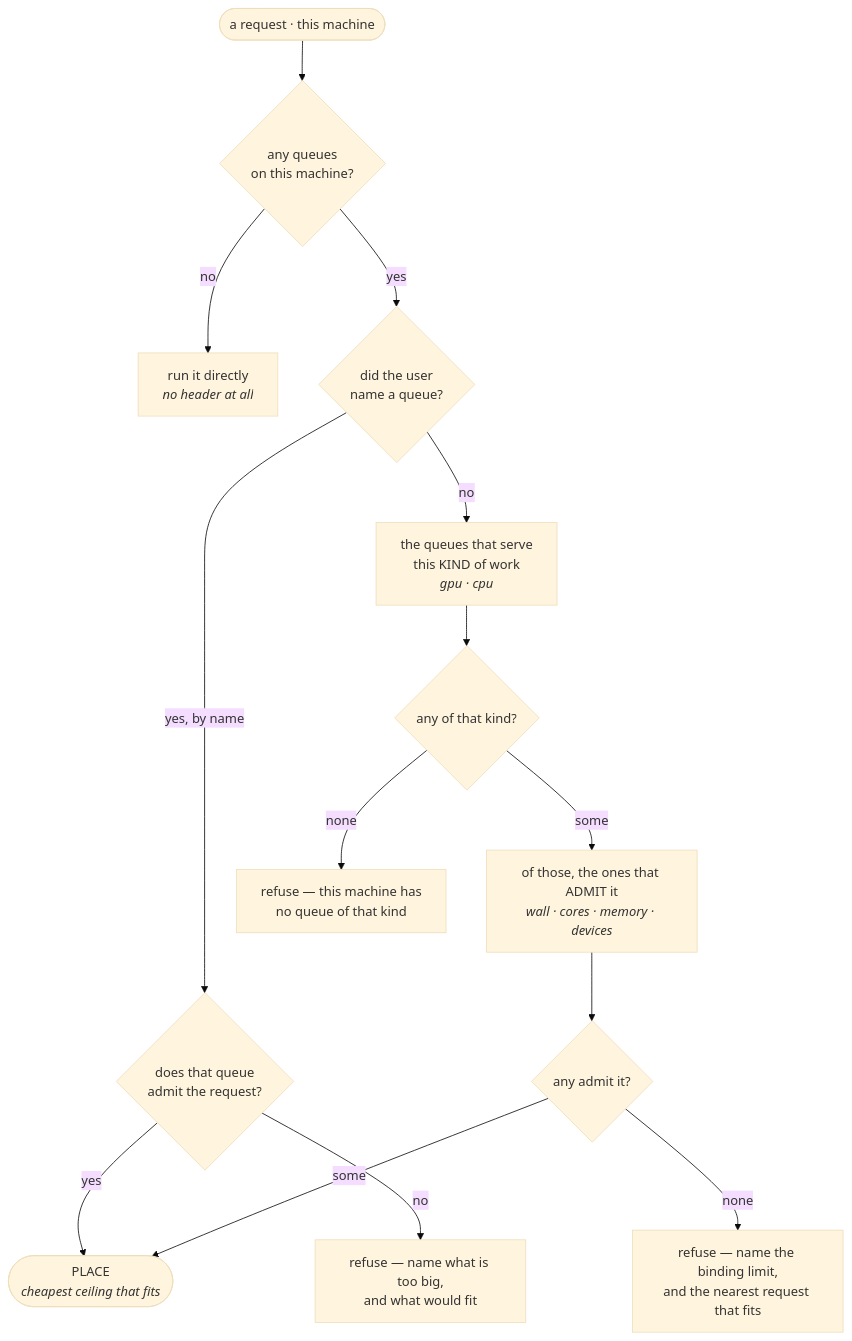
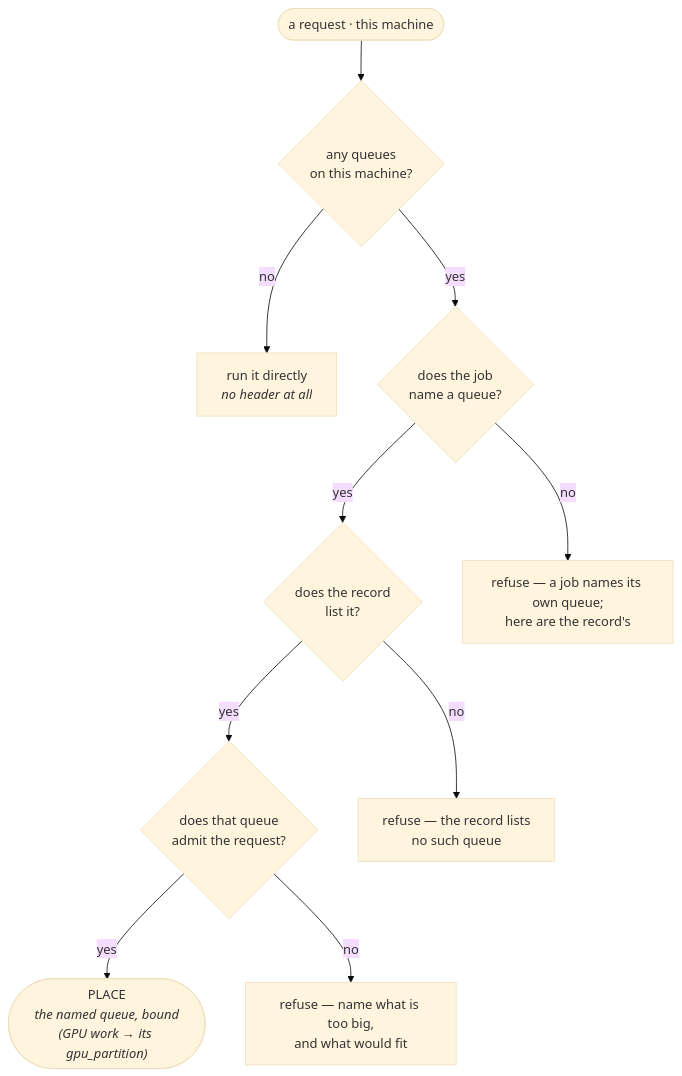
One commit to Qing-LAB/molbuilder changed the first of 2 diagrams in docs/execution/scheduler.md. Above: the diagram before and after it, drawn with Mermaid (base theme). The commit also changed other lines of this file and 118 other files, not shown here.

````diff
--- a/docs/execution/scheduler.md
+++ b/docs/execution/scheduler.md
@@ -592,28 +596,23 @@
 ```mermaid
 flowchart TD
   START(["a request · this machine"])
   Q0{"any queues<br/>on this machine?"}
   DIRECT["run it directly<br/><i>no header at all</i>"]
-  Q1{"did the user<br/>name a queue?"}
+  Q1{"does the job<br/>name a queue?"}
+  QL{"does the record<br/>list it?"}
   Q2{"does that queue<br/>admit the request?"}
-  KIND["the queues that serve<br/>this KIND of work<br/><i>gpu · cpu</i>"]
-  Q3{"any of that kind?"}
-  ADMIT["of those, the ones that ADMIT it<br/><i>wall · cores · memory · devices</i>"]
-  Q4{"any admit it?"}
-  PLACE(["PLACE<br/><i>cheapest ceiling that fits</i>"])
+  PLACE(["PLACE<br/><i>the named queue, bound<br/>(GPU work → its gpu_partition)</i>"])
+  RU["refuse — a job names its own queue;<br/>here are the record's"]
+  RL["refuse — the record lists<br/>no such queue"]
   RN["refuse — name what is too big,<br/>and what would fit"]
-  RK["refuse — this machine has<br/>no queue of that kind"]
-  RA["refuse — name the binding limit,<br/>and the nearest request that fits"]
 
   START --> Q0
   Q0 -- no --> DIRECT
   Q0 -- yes --> Q1
-  Q1 -- "yes, by name" --> Q2
+  Q1 -- no --> RU
+  Q1 -- yes --> QL
+  QL -- no --> RL
+  QL -- yes --> Q2
   Q2 -- yes --> PLACE
   Q2 -- no --> RN
-  Q1 -- no --> KIND --> Q3
-  Q3 -- none --> RK
-  Q3 -- some --> ADMIT --> Q4
-  Q4 -- some --> PLACE
-  Q4 -- none --> RA
 ```
````
